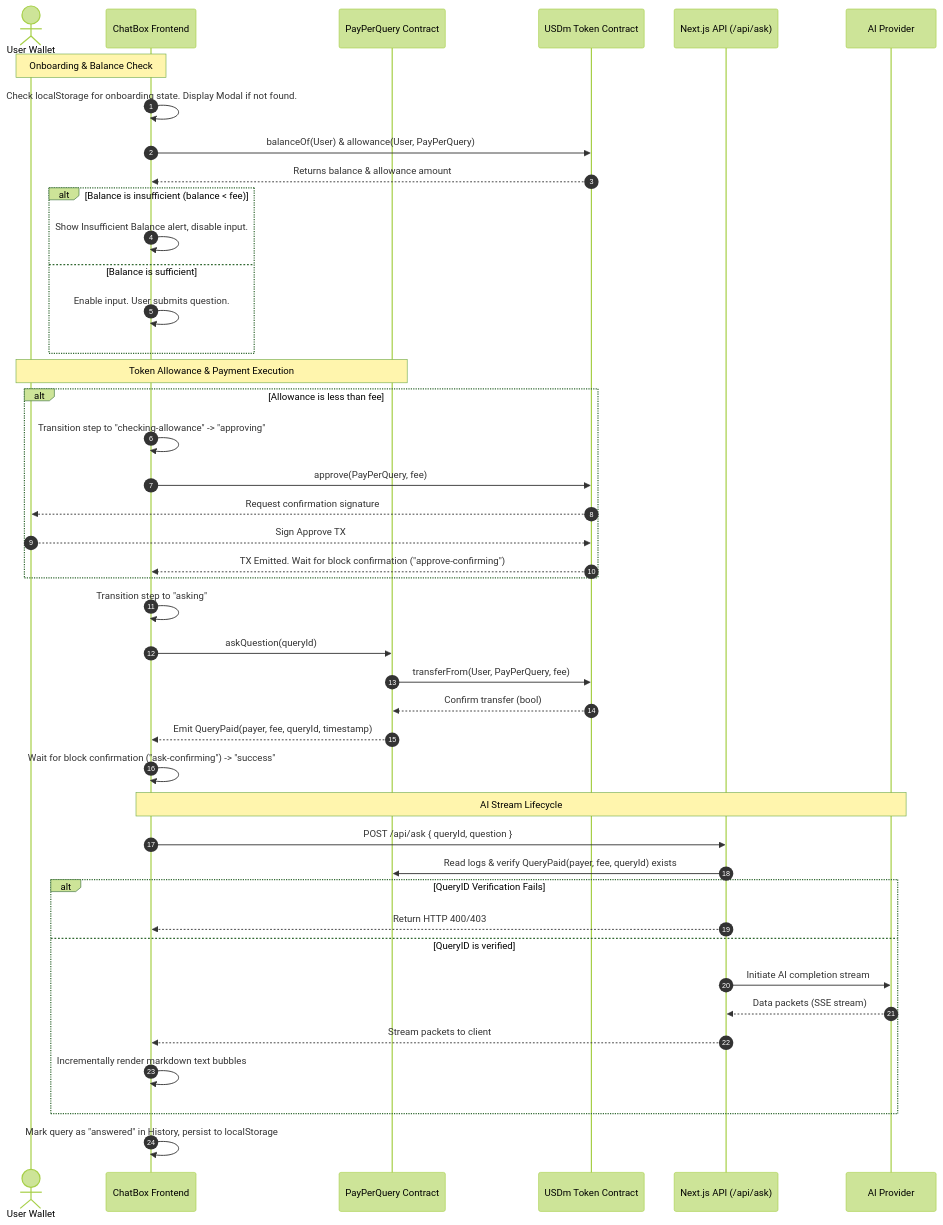
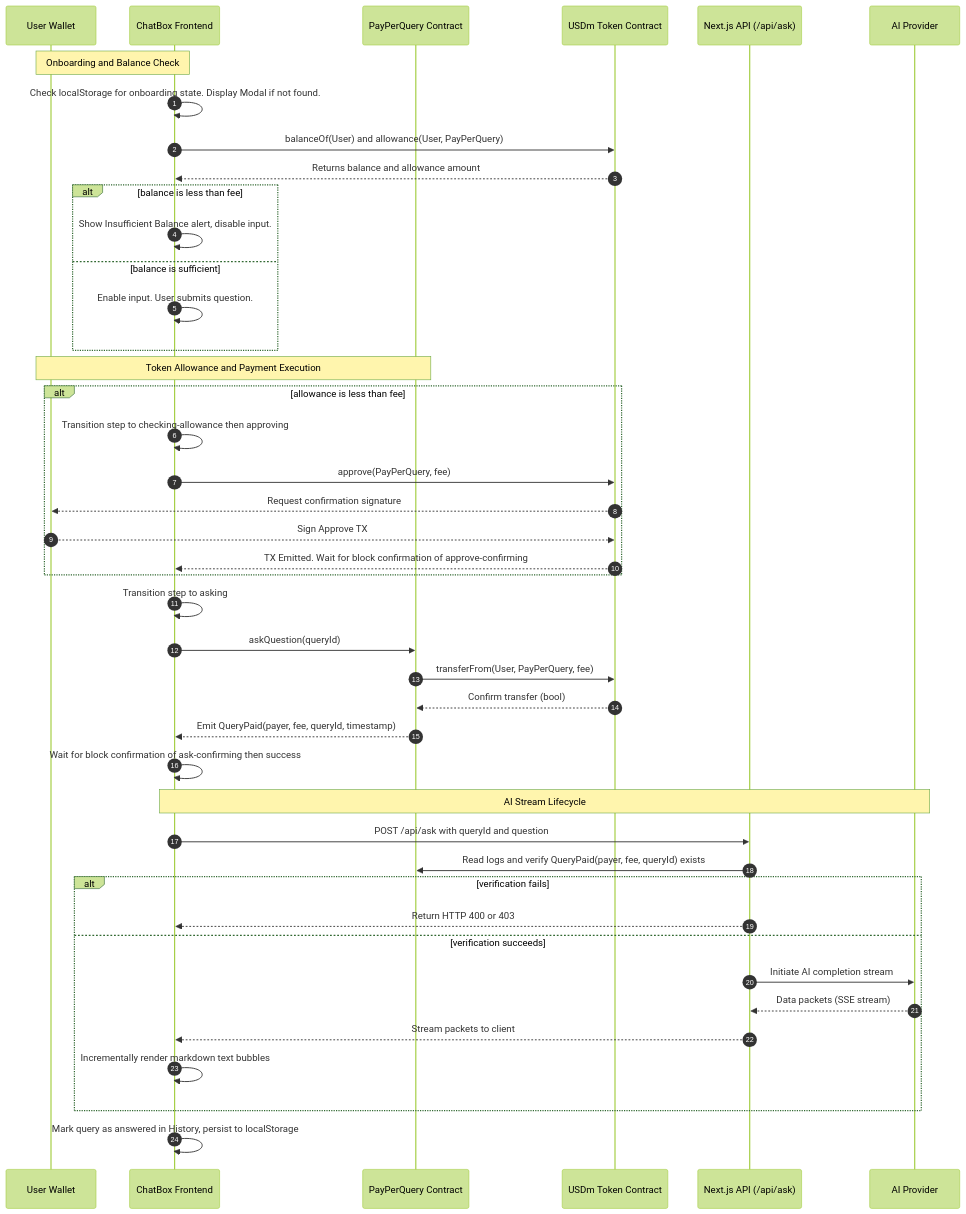
One commit to Ebendttl/AskPay changed the diagram in README.md. Above: the diagram before and after it, drawn with Mermaid (forest theme).

Commit message:
docs: update AskPay sequence diagram for consistency and readability

````diff
--- a/README.md
+++ b/README.md
@@ -62,50 +62,50 @@
 ```mermaid
 sequenceDiagram
     autonumber
-    actor User as User Wallet
+    participant User as User Wallet
     participant UI as ChatBox Frontend
     participant Contract as PayPerQuery Contract
     participant Token as USDm Token Contract
     participant API as Next.js API (/api/ask)
     participant LLM as AI Provider
 
-    Note over User, UI: Onboarding & Balance Check
+    Note over User, UI: Onboarding and Balance Check
     UI->>UI: Check localStorage for onboarding state. Display Modal if not found.
-    UI->>Token: balanceOf(User) & allowance(User, PayPerQuery)
-    Token-->>UI: Returns balance & allowance amount
+    UI->>Token: balanceOf(User) and allowance(User, PayPerQuery)
+    Token-->>UI: Returns balance and allowance amount
 
-    alt Balance is insufficient (balance < fee)
+    alt balance is less than fee
         UI->>UI: Show Insufficient Balance alert, disable input.
-    else Balance is sufficient
+    else balance is sufficient
         UI->>UI: Enable input. User submits question.
     end
 
-    Note over User, Contract: Token Allowance & Payment Execution
-    alt Allowance is less than fee
-        UI->>UI: Transition step to "checking-allowance" -> "approving"
+    Note over User, Contract: Token Allowance and Payment Execution
+    alt allowance is less than fee
+        UI->>UI: Transition step to checking-allowance then approving
         UI->>Token: approve(PayPerQuery, fee)
         Token-->>User: Request confirmation signature
         User-->>Token: Sign Approve TX
-        Token-->>UI: TX Emitted. Wait for block confirmation ("approve-confirming")
+        Token-->>UI: TX Emitted. Wait for block confirmation of approve-confirming
     end
 
-    UI->>UI: Transition step to "asking"
+    UI->>UI: Transition step to asking
     UI->>Contract: askQuestion(queryId)
     Contract->>Token: transferFrom(User, PayPerQuery, fee)
     Token-->>Contract: Confirm transfer (bool)
     Contract-->>UI: Emit QueryPaid(payer, fee, queryId, timestamp)
-    UI->>UI: Wait for block confirmation ("ask-confirming") -> "success"
+    UI->>UI: Wait for block confirmation of ask-confirming then success
 
     Note over UI, LLM: AI Stream Lifecycle
-    UI->>API: POST /api/ask { queryId, question }
-    API->>Contract: Read logs & verify QueryPaid(payer, fee, queryId) exists
-    alt QueryID Verification Fails
-        API-->>UI: Return HTTP 400/403
-    else QueryID is verified
+    UI->>API: POST /api/ask with queryId and question
+    API->>Contract: Read logs and verify QueryPaid(payer, fee, queryId) exists
+    alt verification fails
+        API-->>UI: Return HTTP 400 or 403
+    else verification succeeds
         API->>LLM: Initiate AI completion stream
         LLM-->>API: Data packets (SSE stream)
         API-->>UI: Stream packets to client
         UI->>UI: Incrementally render markdown text bubbles
     end
-    UI->>UI: Mark query as "answered" in History, persist to localStorage
+    UI->>UI: Mark query as answered in History, persist to localStorage
 ```
````
